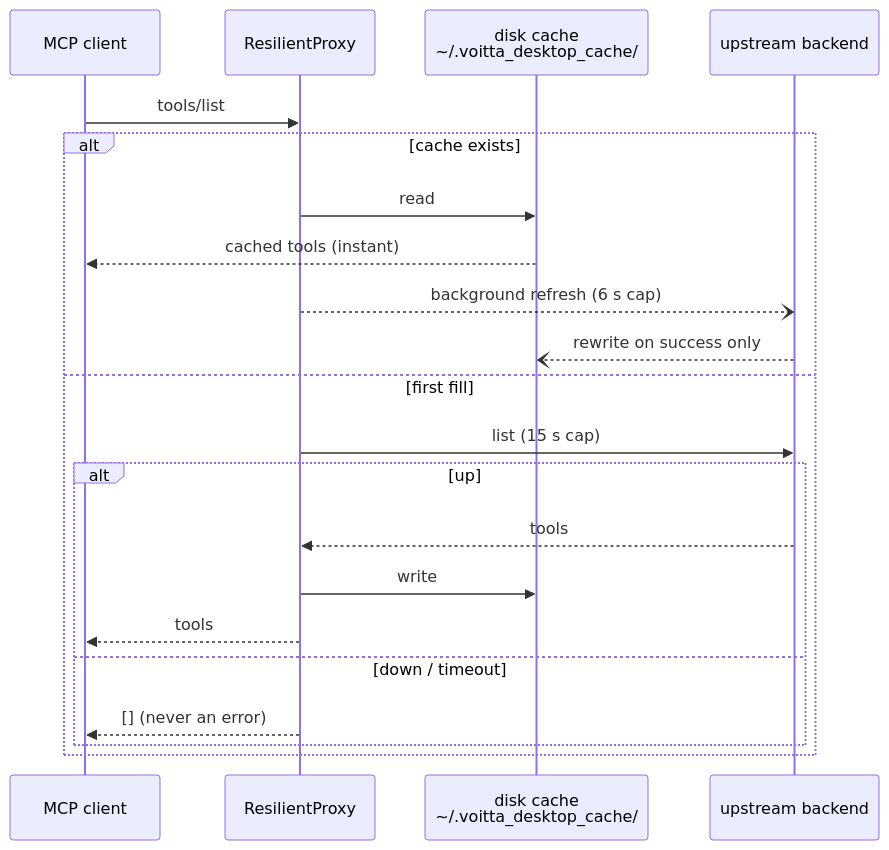
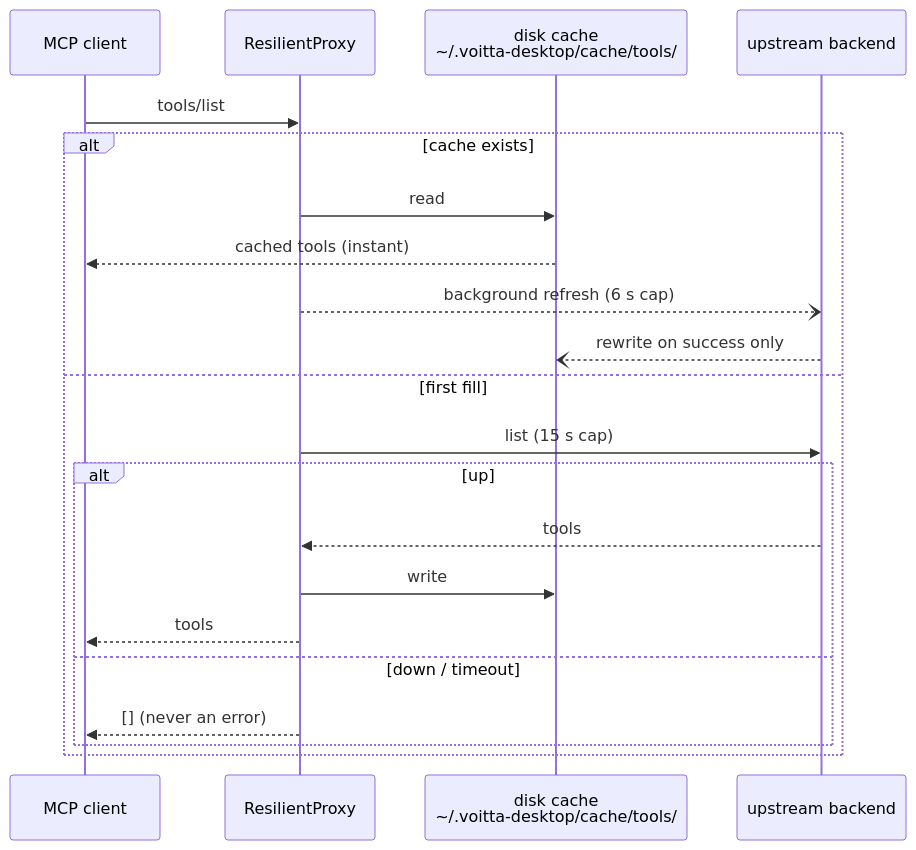
One commit to voitta-ai/voitta-desktop changed the ninth of 16 diagrams in docs/OPERATIONS.md. Above: the diagram before and after it, drawn with Mermaid. The commit also changed other lines of this file and 35 other files, not shown here.

````diff
--- a/docs/OPERATIONS.md
+++ b/docs/OPERATIONS.md
@@ -437,24 +489,24 @@
 ```mermaid
 sequenceDiagram
     participant C as MCP client
     participant R as ResilientProxy
-    participant D as disk cache<br/>~/.voitta_desktop_cache/
+    participant D as disk cache<br/>~/.voitta-desktop/cache/tools/
     participant U as upstream backend
 
     C->>R: tools/list
     alt cache exists
         R->>D: read
         D-->>C: cached tools (instant)
         R--)U: background refresh (6 s cap)
         U--)D: rewrite on success only
     else first fill
         R->>U: list (15 s cap)
         alt up
             U-->>R: tools
             R->>D: write
             R-->>C: tools
         else down / timeout
             R-->>C: [] (never an error)
         end
     end
 ```
````
